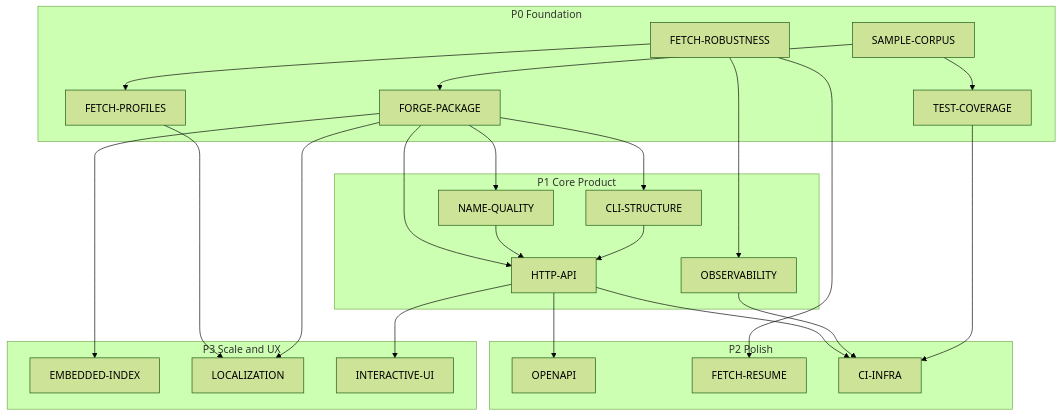
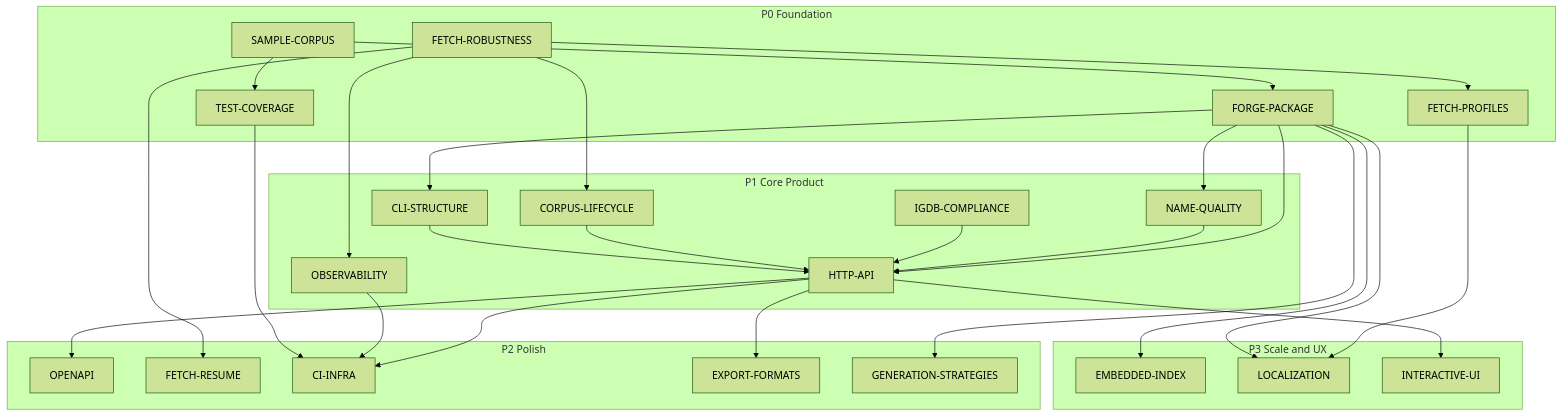
The diagram in planning/README.md (ridespirals/vargames-name-gen), drawn with Mermaid (forest theme) before and after one commit. The commit also changed other lines of this file and 27 other files, not shown here.

````diff
--- a/planning/README.md
+++ b/planning/README.md
@@ -33,48 +70,57 @@
 ```mermaid
 flowchart TB
   subgraph p0 [P0 Foundation]
     FR[FETCH-ROBUSTNESS]
     FP[FETCH-PROFILES]
     FG[FORGE-PACKAGE]
     SC[SAMPLE-CORPUS]
     TC[TEST-COVERAGE]
   end
 
   subgraph p1 [P1 Core Product]
+    CL[CORPUS-LIFECYCLE]
     NQ[NAME-QUALITY]
     CLI[CLI-STRUCTURE]
     OBS[OBSERVABILITY]
     API[HTTP-API]
+    COMP[IGDB-COMPLIANCE]
   end
 
   subgraph p2 [P2 Polish]
     OAPI[OPENAPI]
     FRES[FETCH-RESUME]
     CI[CI-INFRA]
+    EXP[EXPORT-FORMATS]
+    STRAT[GENERATION-STRATEGIES]
   end
 
   subgraph p3 [P3 Scale and UX]
     SQL[EMBEDDED-INDEX]
     LOC[LOCALIZATION]
     UI[INTERACTIVE-UI]
   end
 
   FR --> FP
   FR --> FRES
   FR --> OBS
+  FR --> CL
   FG --> NQ
   FG --> CLI
+  FG --> STRAT
   SC --> FG
   SC --> TC
   FG --> API
   NQ --> API
+  COMP --> API
+  CL --> API
   API --> OAPI
   API --> UI
   API --> CI
+  API --> EXP
   FP --> LOC
   FG --> LOC
   FG --> SQL
   CLI --> API
   OBS --> CI
   TC --> CI
 ```
````
